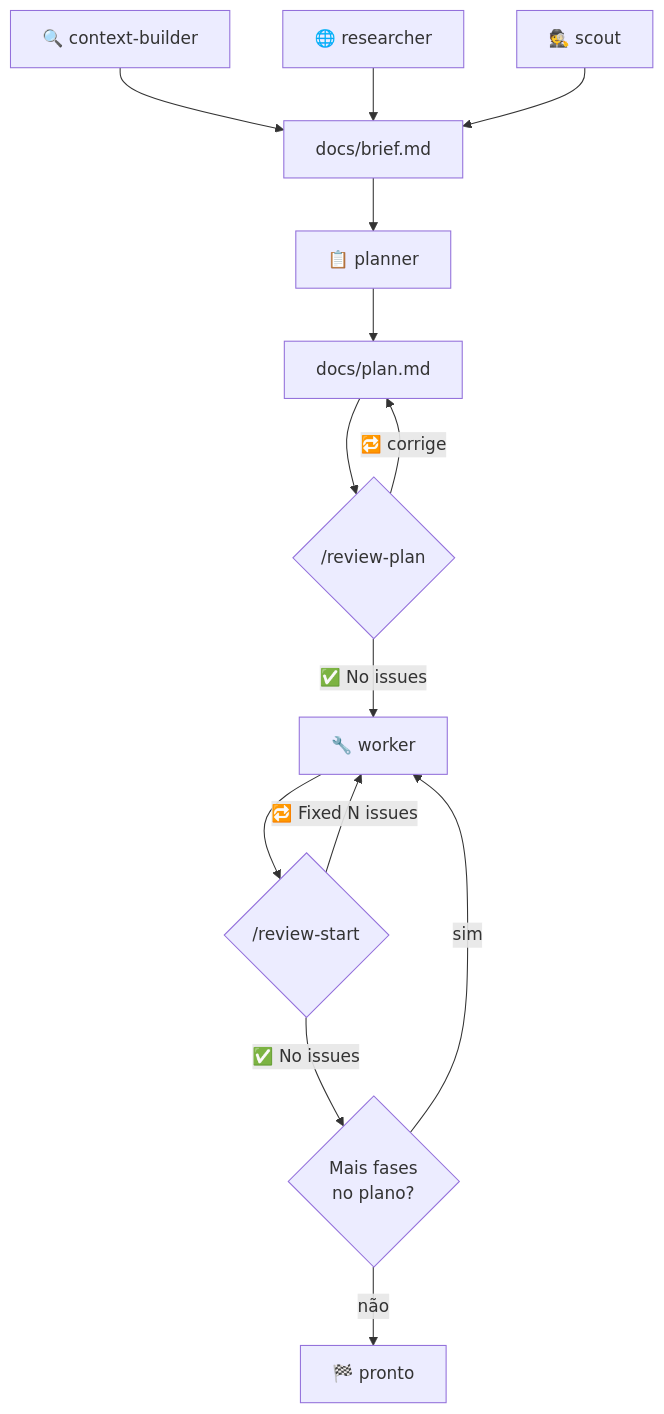
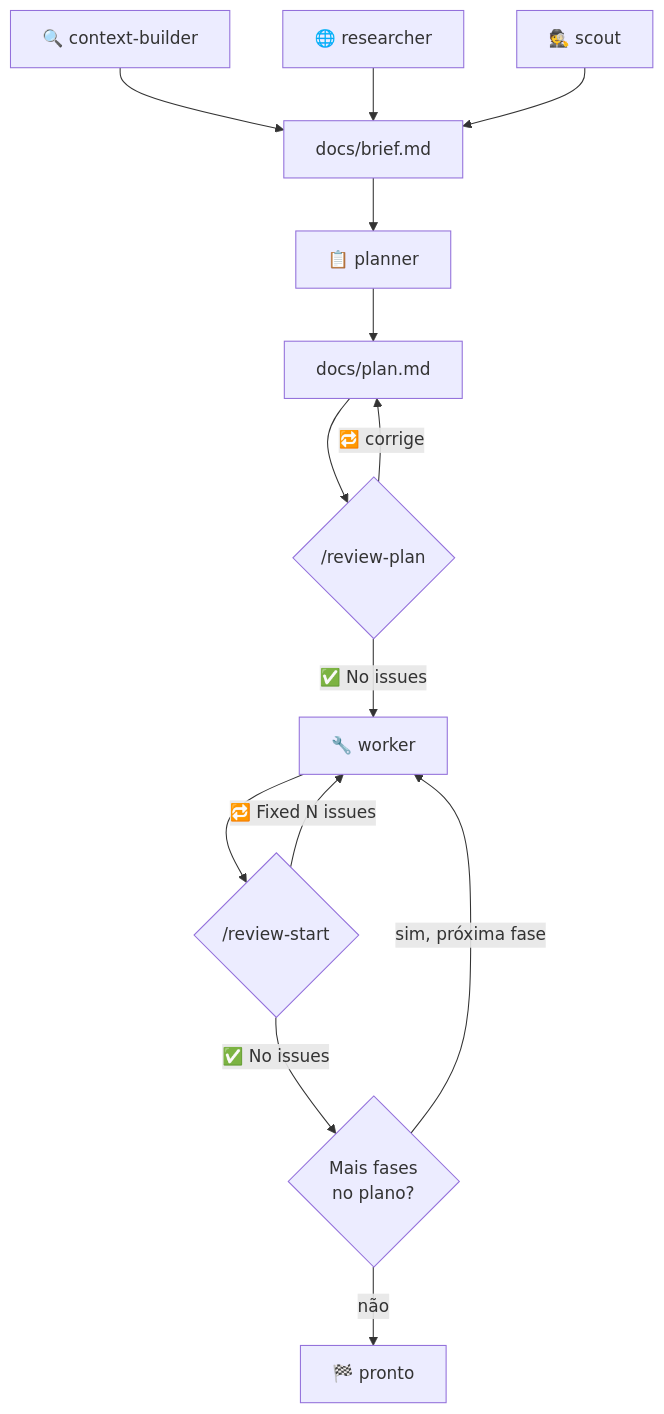
One commit to docg1701/pi-dev-config changed the diagram in PI_DEV_CHEATSHEET.md. Above: the diagram before and after it, drawn with Mermaid. The commit also changed other lines of this file, not shown here.

````diff
--- a/PI_DEV_CHEATSHEET.md
+++ b/PI_DEV_CHEATSHEET.md
@@ -35,19 +35,19 @@
 ```mermaid
 flowchart TD
     CB["🔍 context-builder"] --> BRIEF["docs/brief.md"]
     RS["🌐 researcher"] --> BRIEF
     SC["🕵️ scout"] --> BRIEF
 
     BRIEF --> PL["📋 planner"]
     PL --> PLAN["docs/plan.md"]
 
     PLAN --> RPL{"/review-plan"}
     RPL -->|"✅ No issues"| WK["🔧 worker"]
     RPL -->|"🔁 corrige"| PLAN
 
     WK --> RST{"/review-start"}
     RST -->|"🔁 Fixed N issues"| WK
     RST -->|"✅ No issues"| MAIS{"Mais fases<br>no plano?"}
-    MAIS -->|"sim"| WK
+    MAIS -->|"sim, próxima fase"| WK
     MAIS -->|"não"| FIM["🏁 pronto"]
 ```
````
